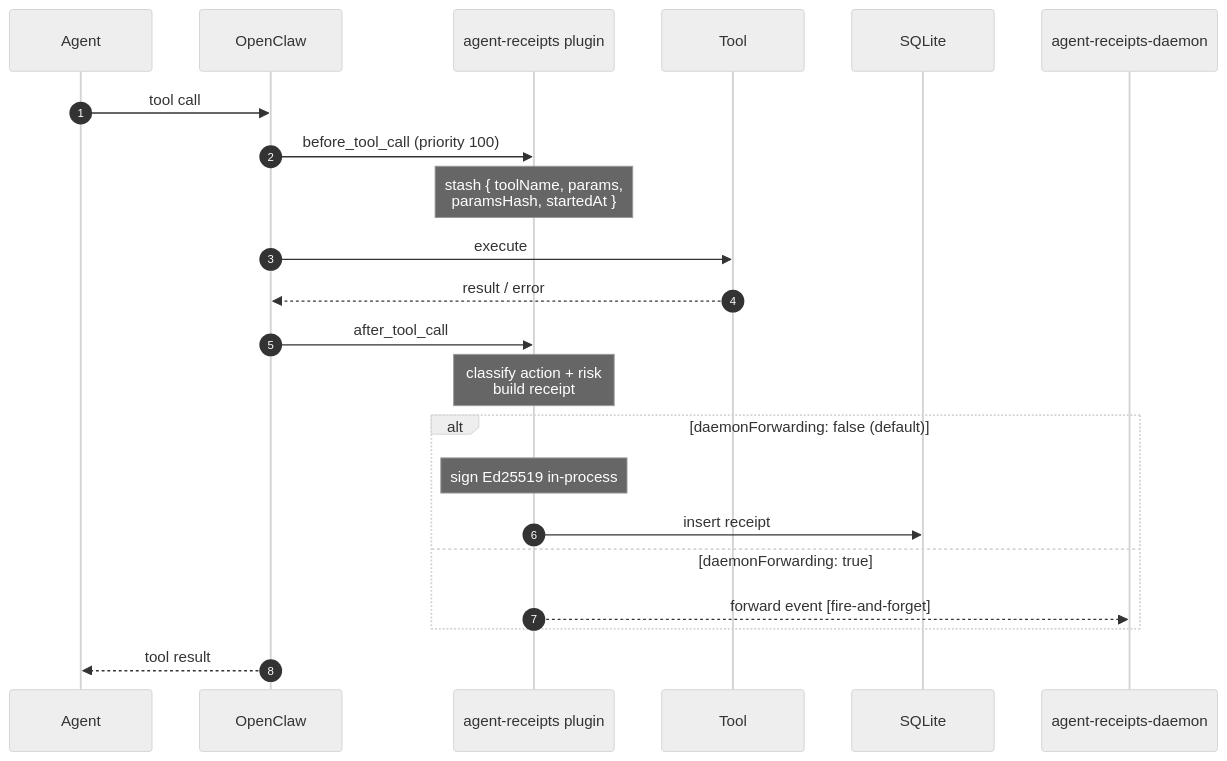
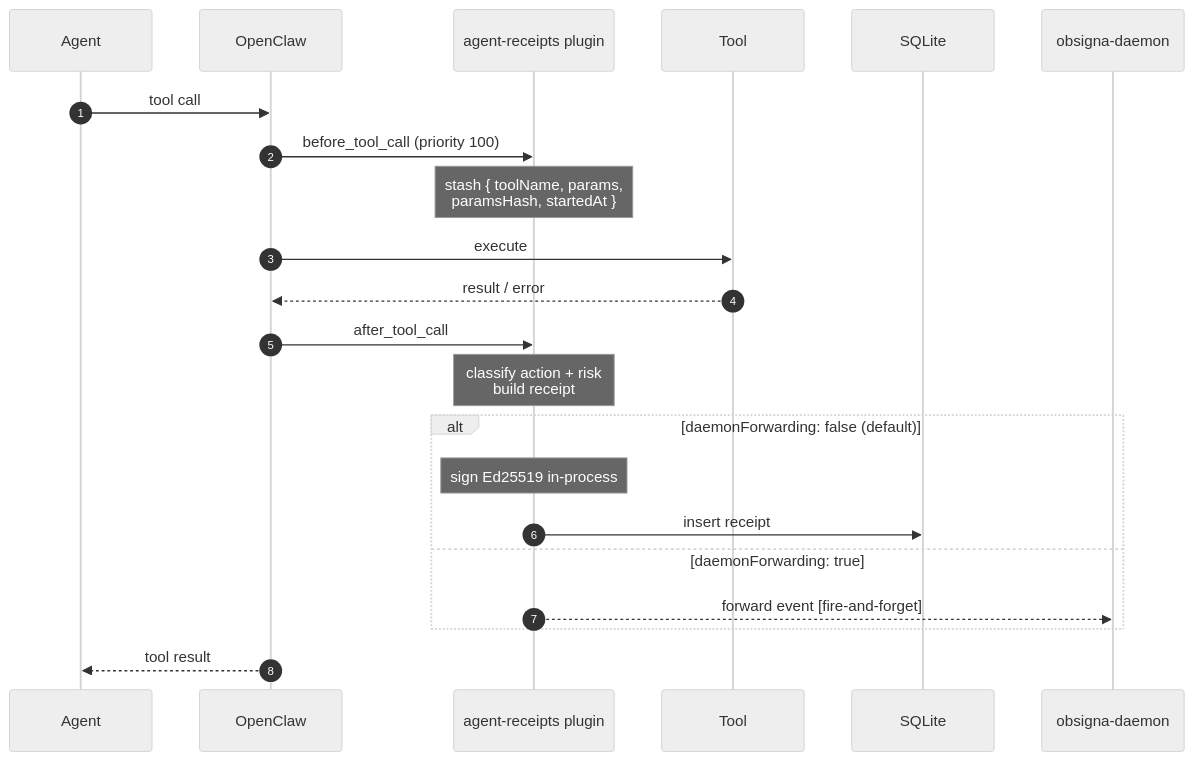
The second of 2 diagrams in site/src/content/docs/blog/openclaw-plugin-deep-dive.mdx (agent-receipts/ar), drawn with Mermaid (neutral theme) before and after one commit. The commit also changed other lines of this file and 41 other files, not shown here.

````diff
--- a/site/src/content/docs/blog/openclaw-plugin-deep-dive.mdx
+++ b/site/src/content/docs/blog/openclaw-plugin-deep-dive.mdx
@@ -45,25 +45,25 @@
 ```mermaid
 sequenceDiagram
     autonumber
     participant Agent
     participant OpenClaw
     participant Plugin as agent-receipts plugin
     participant Tool
     participant DB as SQLite
-    participant Daemon as agent-receipts-daemon
+    participant Daemon as obsigna-daemon
 
     Agent->>OpenClaw: tool call
     OpenClaw->>Plugin: before_tool_call (priority 100)
     Note over Plugin: stash { toolName, params,<br/>paramsHash, startedAt }
     OpenClaw->>Tool: execute
     Tool-->>OpenClaw: result / error
     OpenClaw->>Plugin: after_tool_call
     Note over Plugin: classify action + risk<br/>build receipt
     alt daemonForwarding: false (default)
       Note over Plugin: sign Ed25519 in-process
       Plugin->>DB: insert receipt
     else daemonForwarding: true
       Plugin-->>Daemon: forward event [fire-and-forget]
     end
     OpenClaw-->>Agent: tool result
 ```
````
